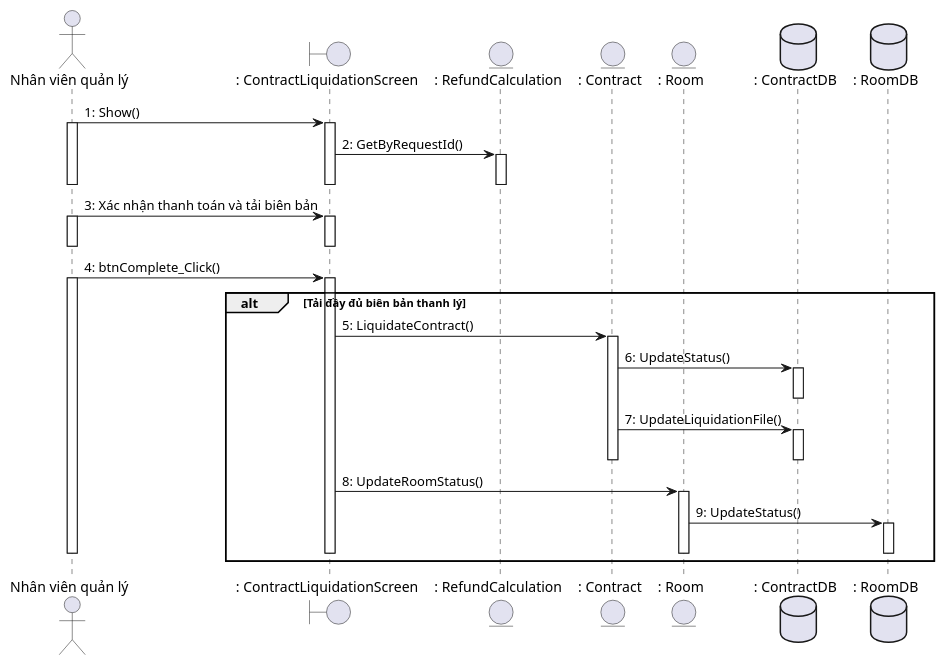
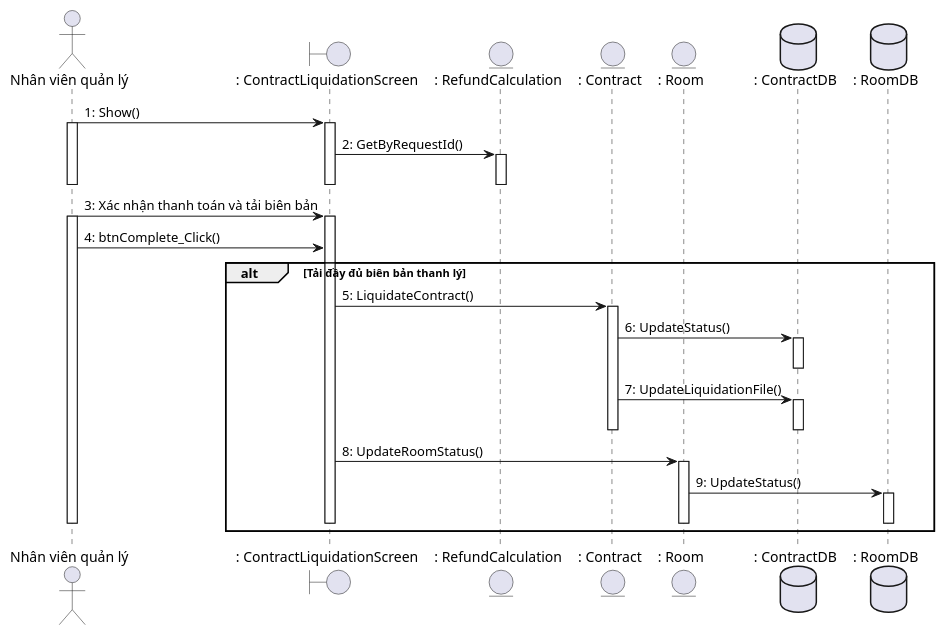
Before and after one commit to Gnourt812005/HCMUS-Analyze-and-desgin-IS: the diagram in tra_phong/sequence/thanh_ly_hop_dong_seq.wsd, drawn with PlantUML. The commit also changed 7 other files, not shown here.

Commit message:
quangdo/tra_phong: added class and sequence diagram for quan_ly_tra_phong, reviewed some sequence diagrams

```diff
--- a/tra_phong/sequence/thanh_ly_hop_dong_seq.wsd
+++ b/tra_phong/sequence/thanh_ly_hop_dong_seq.wsd
@@ -1,49 +1,43 @@
 @startuml
 actor "Nhân viên quản lý" as NV
 boundary ": ContractLiquidationScreen" as Screen
 entity ": RefundCalculation" as Calc
 entity ": Contract" as Contract
 entity ": Room" as Room
 database ": ContractDB" as ContractDB
 database ": RoomDB" as RoomDB
 
 NV -> Screen: 1: Show()
 activate Screen
 activate NV
 Screen -> Calc: 2: GetByRequestId()
 activate Calc
 deactivate Calc
 deactivate Screen
 deactivate NV
 
 NV -> Screen: 3: Xác nhận thanh toán và tải biên bản
 activate Screen
 activate NV
-deactivate Screen
-deactivate NV
-
 NV -> Screen: 4: btnComplete_Click()
-activate Screen
-activate NV
-
 alt Tải đầy đủ biên bản thanh lý
     Screen -> Contract: 5: LiquidateContract()
     activate Contract
     Contract -> ContractDB: 6: UpdateStatus()
     activate ContractDB
     deactivate ContractDB
     Contract -> ContractDB: 7: UpdateLiquidationFile()
     activate ContractDB
     deactivate ContractDB
     deactivate Contract
 
     Screen -> Room: 8: UpdateRoomStatus()
     activate Room
     Room -> RoomDB: 9: UpdateStatus()
     activate RoomDB
     deactivate RoomDB
     deactivate Room
     deactivate Screen
 deactivate NV
 end
 @enduml
```
